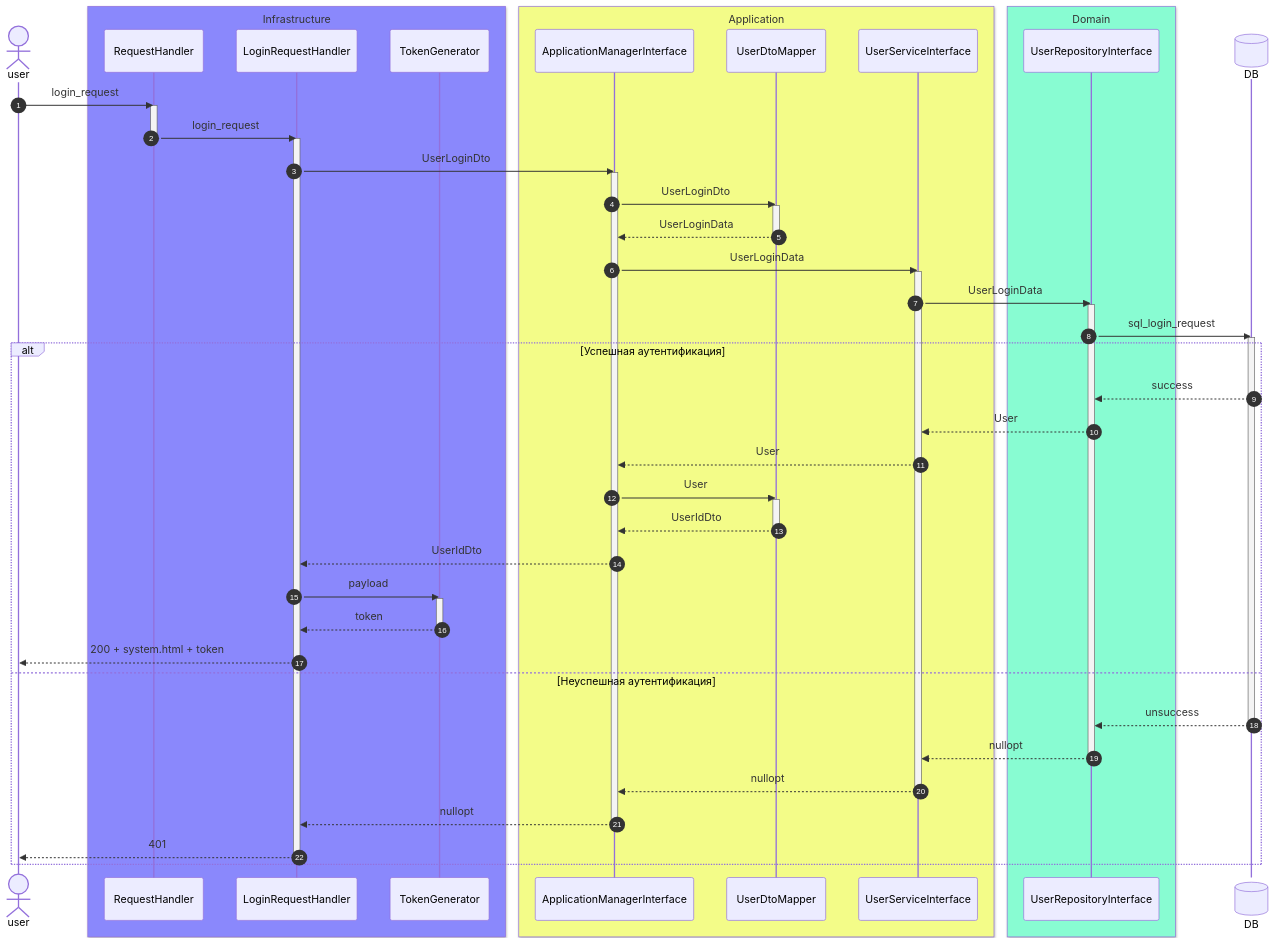
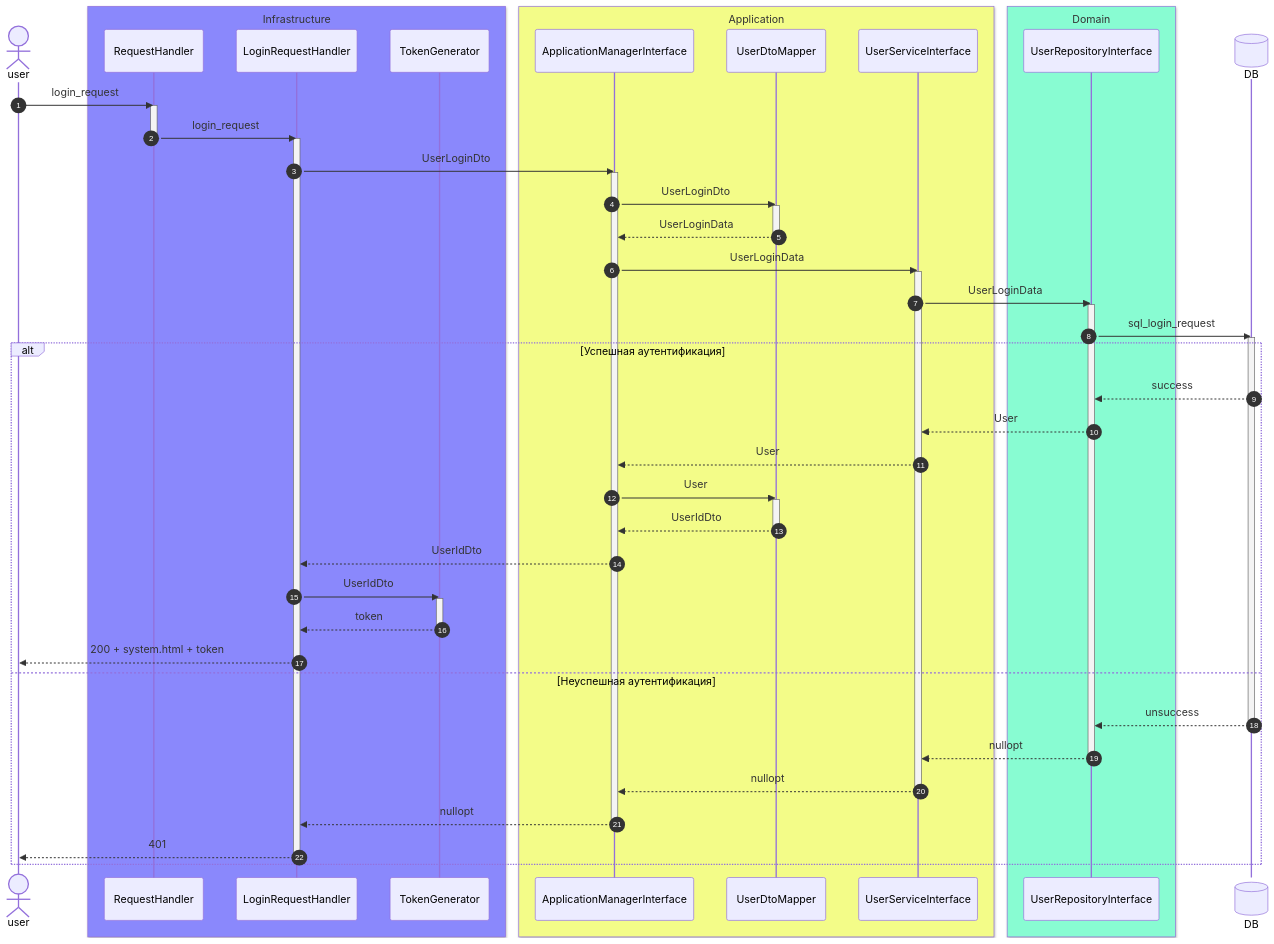
One commit to DRUsmanov/the_system_project changed diagram 12 of 15 in README.md. Above: the diagram before and after it, drawn with Mermaid. The commit also changed other lines of this file, not shown here.

```diff
--- a/README.md
+++ b/README.md
@@ -483,7 +483,7 @@
 deactivate UserDtoMapper
 
 ApplicationManagerInterface -->> LoginRequestHandler: UserIdDto
-LoginRequestHandler ->> TokenGenerator: payload
+LoginRequestHandler ->> TokenGenerator: UserIdDto
 
 activate TokenGenerator
 TokenGenerator -->> LoginRequestHandler: token
```
